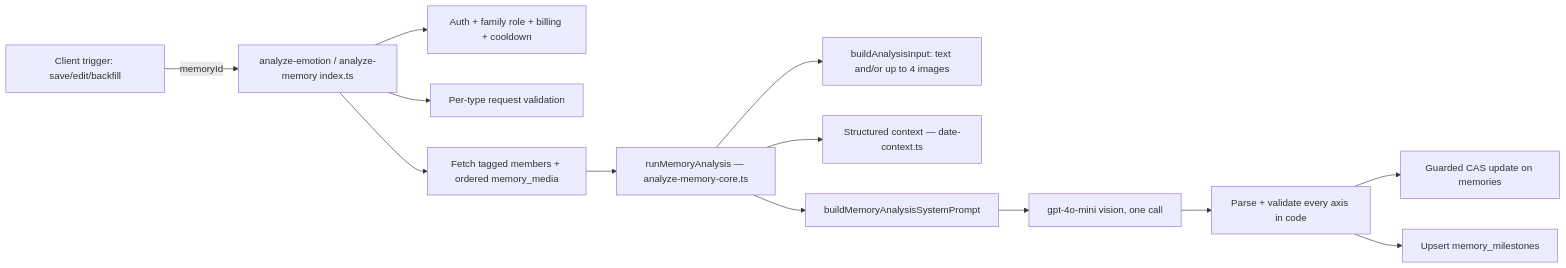
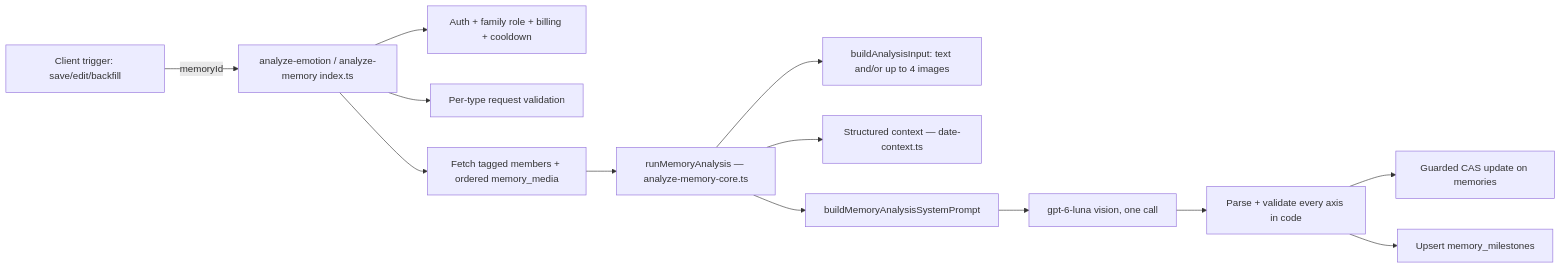
Before and after one commit to eduardoyi/newmomora: the diagram in docs/features/memory-analysis.md, drawn with Mermaid. The commit also changed 27 other files, not shown here.

First line of the commit message:
Illustrations: camera director; routine chat/vision on gpt-6-luna

````diff
--- a/docs/features/memory-analysis.md
+++ b/docs/features/memory-analysis.md
@@ -42,15 +42,15 @@
 ```mermaid
 flowchart LR
   Client[Client trigger: save/edit/backfill] -->|memoryId| Handler[analyze-emotion / analyze-memory index.ts]
   Handler --> Auth[Auth + family role + billing + cooldown]
   Handler --> Validate[Per-type request validation]
   Handler --> Fetch[Fetch tagged members + ordered memory_media]
   Fetch --> Core[runMemoryAnalysis — analyze-memory-core.ts]
   Core --> Input[buildAnalysisInput: text and/or up to 4 images]
   Core --> Context[Structured context — date-context.ts]
   Core --> Prompt[buildMemoryAnalysisSystemPrompt]
-  Prompt --> OpenAI[gpt-4o-mini vision, one call]
+  Prompt --> OpenAI[gpt-6-luna vision, one call]
   OpenAI --> Parse[Parse + validate every axis in code]
   Parse --> Write[Guarded CAS update on memories]
   Parse --> Milestones[Upsert memory_milestones]
 ```
````
